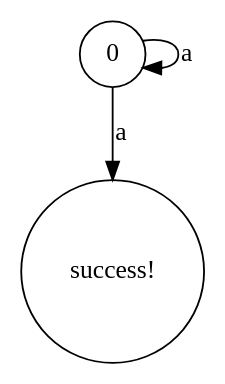
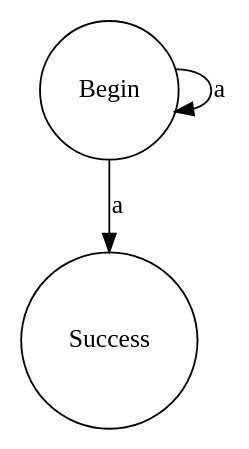
The diagram in MyRegEngine/bin/Debug/netcoreapp3.1/TestCase4.dot (ayanamists/MyRegEngine), drawn with Graphviz before and after one commit. The commit also changed 26 other files, not shown here.

```diff
--- a/MyRegEngine/bin/Debug/netcoreapp3.1/TestCase4.dot
+++ b/MyRegEngine/bin/Debug/netcoreapp3.1/TestCase4.dot
@@ -1,1 +1,1 @@
-digraph TestCase4 { 0 [shape=circle,label="0"]; success [shape=circle,label="success!"]; 0 -> 0[label="a"]; 0 -> success[label="a"]; }
+digraph TestCase4 { 0 [shape=circle,label="Begin"]; 1 [shape=circle,label="Success"]; 0 -> 0[label="a"]; 0 -> 1[label="a"]; }
```
